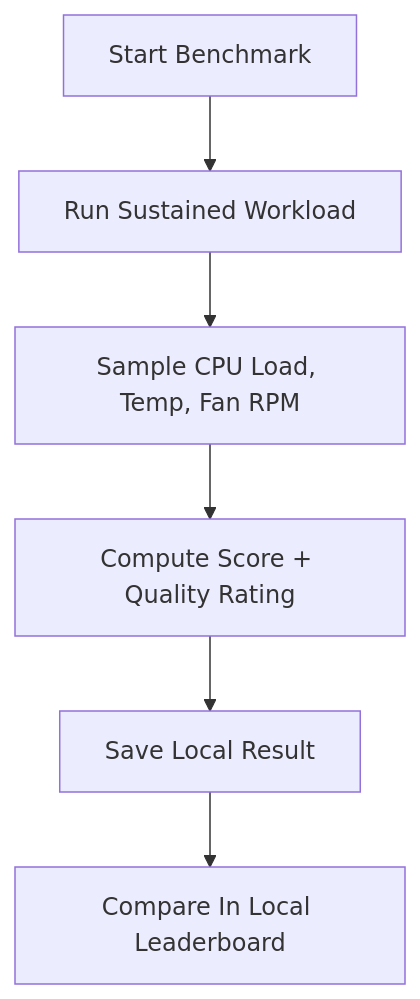
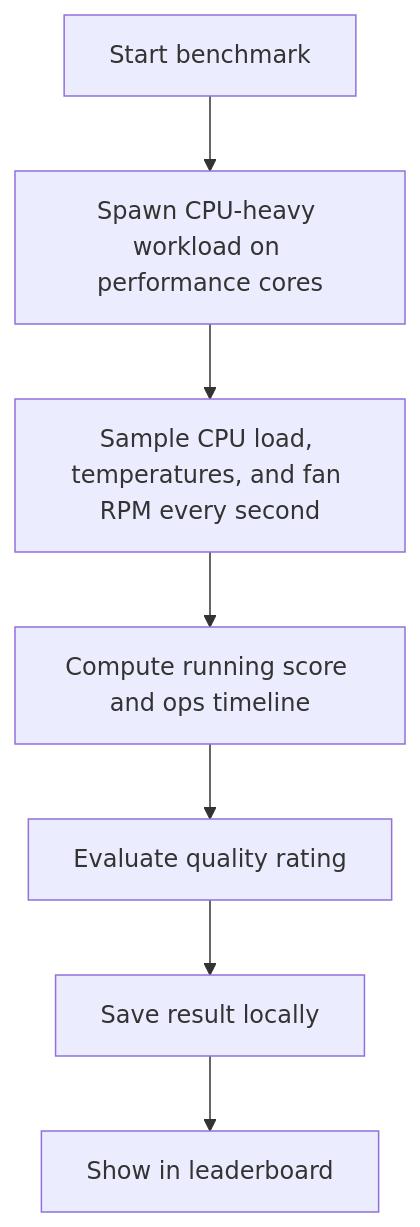
The third of 4 diagrams in README.md (offyotto/Core-Monitor), drawn with Mermaid before and after one commit. The commit also changed other lines of this file, not shown here.

````diff
--- a/README.md
+++ b/README.md
@@ -381,8 +427,9 @@
 ```mermaid
 flowchart TD
-    A["Start Benchmark"] --> B["Run Sustained Workload"]
-    B --> C["Sample CPU Load, Temp, Fan RPM"]
-    C --> D["Compute Score + Quality Rating"]
-    D --> E["Save Local Result"]
-    E --> F["Compare In Local Leaderboard"]
+    A["Start benchmark"] --> B["Spawn CPU-heavy workload on performance cores"]
+    B --> C["Sample CPU load, temperatures, and fan RPM every second"]
+    C --> D["Compute running score and ops timeline"]
+    D --> E["Evaluate quality rating"]
+    E --> F["Save result locally"]
+    F --> G["Show in leaderboard"]
 ```
````
